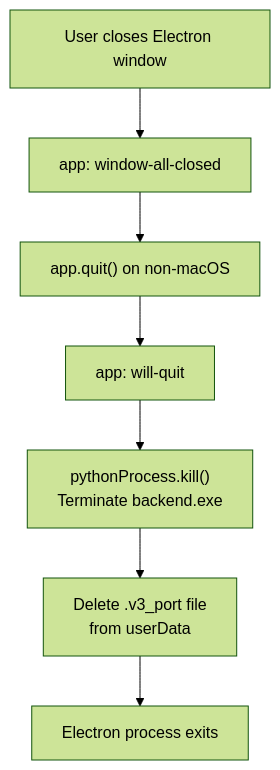
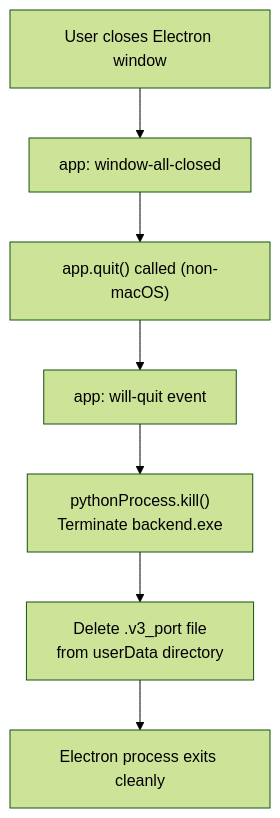
One commit to HackToTheFuture-WatsonX/WatsonX changed the ninth of 9 diagrams in docs/pdf-extractor-v3/process-flows.md. Above: the diagram before and after it, drawn with Mermaid (forest theme). The commit also changed other lines of this file and 9 other files, not shown here.

````diff
--- a/docs/pdf-extractor-v3/process-flows.md
+++ b/docs/pdf-extractor-v3/process-flows.md
@@ -277,9 +278,9 @@
 ```mermaid
 flowchart TD
     A["User closes Electron window"] --> B["app: window-all-closed"]
-    B --> C["app.quit() on non-macOS"]
-    C --> D["app: will-quit"]
+    B --> C["app.quit() called (non-macOS)"]
+    C --> D["app: will-quit event"]
     D --> E["pythonProcess.kill()\nTerminate backend.exe"]
-    E --> F["Delete .v3_port file\nfrom userData"]
-    F --> G["Electron process exits"]
+    E --> F["Delete .v3_port file\nfrom userData directory"]
+    F --> G["Electron process exits cleanly"]
 ```
````
